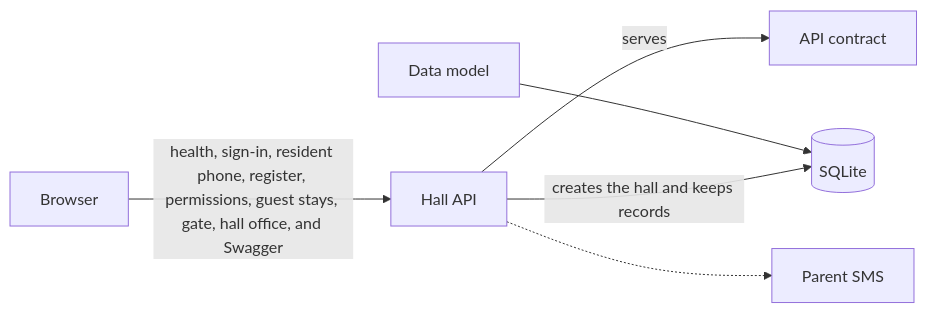
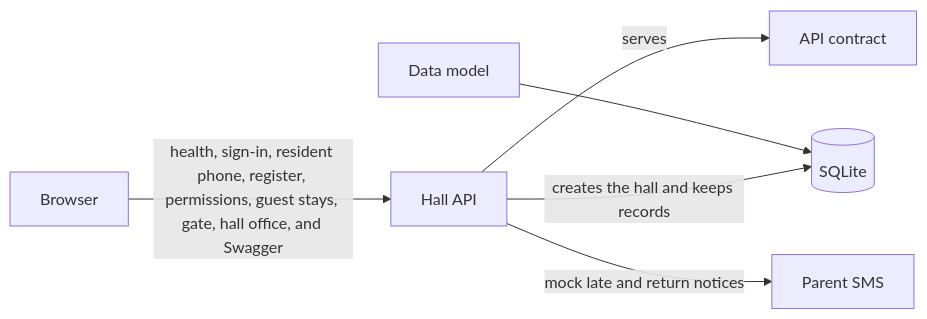
One commit to AbuIqbal123/BSJ-Hostel-Management changed the diagram in docs/system-architecture.md. Above: the diagram before and after it, drawn with Mermaid. The commit also changed other lines of this file and 13 other files, not shown here.

First line of the commit message:
feat: mock SMS late and return notices with {hall_name}

````diff
--- a/docs/system-architecture.md
+++ b/docs/system-architecture.md
@@ -7,8 +7,8 @@
 ```mermaid
 flowchart LR
   browser["Browser"] -->|"health, sign-in, resident phone, register, permissions, guest stays, gate, hall office, and Swagger"| api["Hall API"]
   api -->|"serves"| contract["API contract"]
   model["Data model"] --> db[("SQLite")]
   api -->|"creates the hall and keeps records"| db
-  api -.-> sms["Parent SMS"]
+  api -->|"mock late and return notices"| sms["Parent SMS"]
 ```
````
